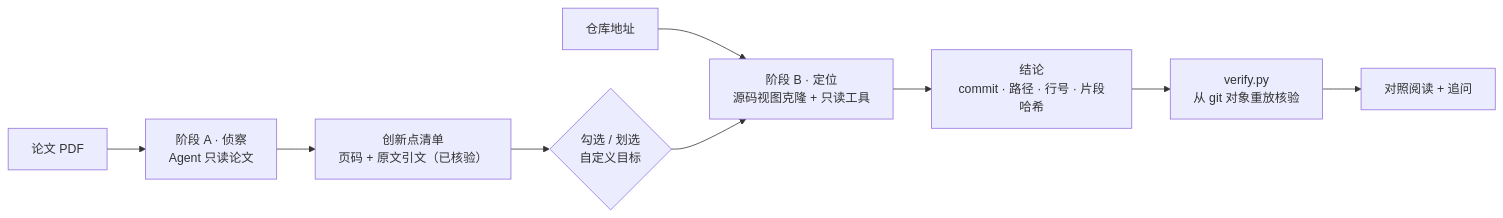
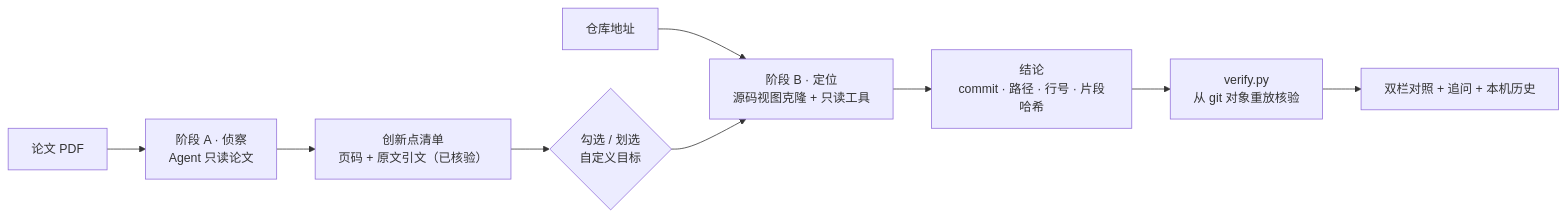
One commit to Anatkhior/Paper2Code changed the first of 2 diagrams in readme_CH.md. Above: the diagram before and after it, drawn with Mermaid. The commit also changed other lines of this file and 1 other file, not shown here.

````diff
--- a/readme_CH.md
+++ b/readme_CH.md
@@ -65,11 +64,11 @@
 ```mermaid
 flowchart LR
     P["论文 PDF"] --> A["阶段 A · 侦察<br/>Agent 只读论文"]
     A --> L["创新点清单<br/>页码 + 原文引文（已核验）"]
     L --> S{"勾选 / 划选<br/>自定义目标"}
     R["仓库地址"] --> B
     S --> B["阶段 B · 定位<br/>源码视图克隆 + 只读工具"]
     B --> F["结论<br/>commit · 路径 · 行号 · 片段哈希"]
     F --> V["verify.py<br/>从 git 对象重放核验"]
-    V --> U["对照阅读 + 追问"]
+    V --> U["双栏对照 + 追问 + 本机历史"]
 ```
````
